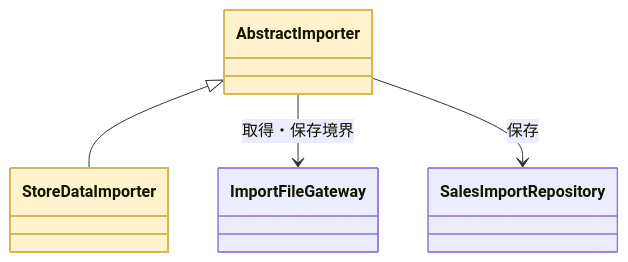
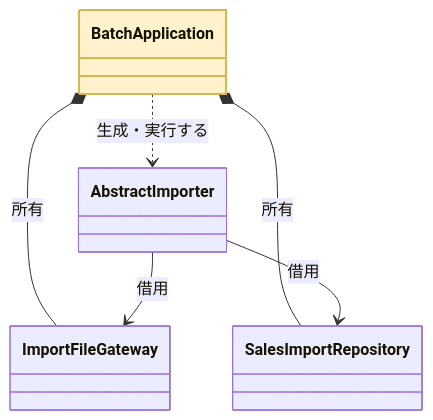
Before and after one commit to kumachan1101-pixel/DesignPattern: diagram 11 of 19 in kindle/design-patterns/output/chapter04.md, drawn with Mermaid. The commit also changed other lines of this file and 3 other files, not shown here.

````diff
--- a/kindle/design-patterns/output/chapter04.md
+++ b/kindle/design-patterns/output/chapter04.md
@@ -1681,13 +1954,14 @@
 ```mermaid
 classDiagram
+    class BatchApplication
     class AbstractImporter
-    class StoreDataImporter
     class ImportFileGateway
     class SalesImportRepository
-    AbstractImporter <|-- StoreDataImporter
-    AbstractImporter --> ImportFileGateway : 取得・保存境界
-    AbstractImporter --> SalesImportRepository : 保存
-    class AbstractImporter:::focus
-    class StoreDataImporter:::focus
+    BatchApplication *-- ImportFileGateway : 所有
+    BatchApplication *-- SalesImportRepository : 所有
+    BatchApplication ..> AbstractImporter : 生成・実行する
+    AbstractImporter --> ImportFileGateway : 借用
+    AbstractImporter --> SalesImportRepository : 借用
+    class BatchApplication:::focus
     classDef focus fill:#FFF2CC,stroke:#D6B656,stroke-width:2px
 ```
````
